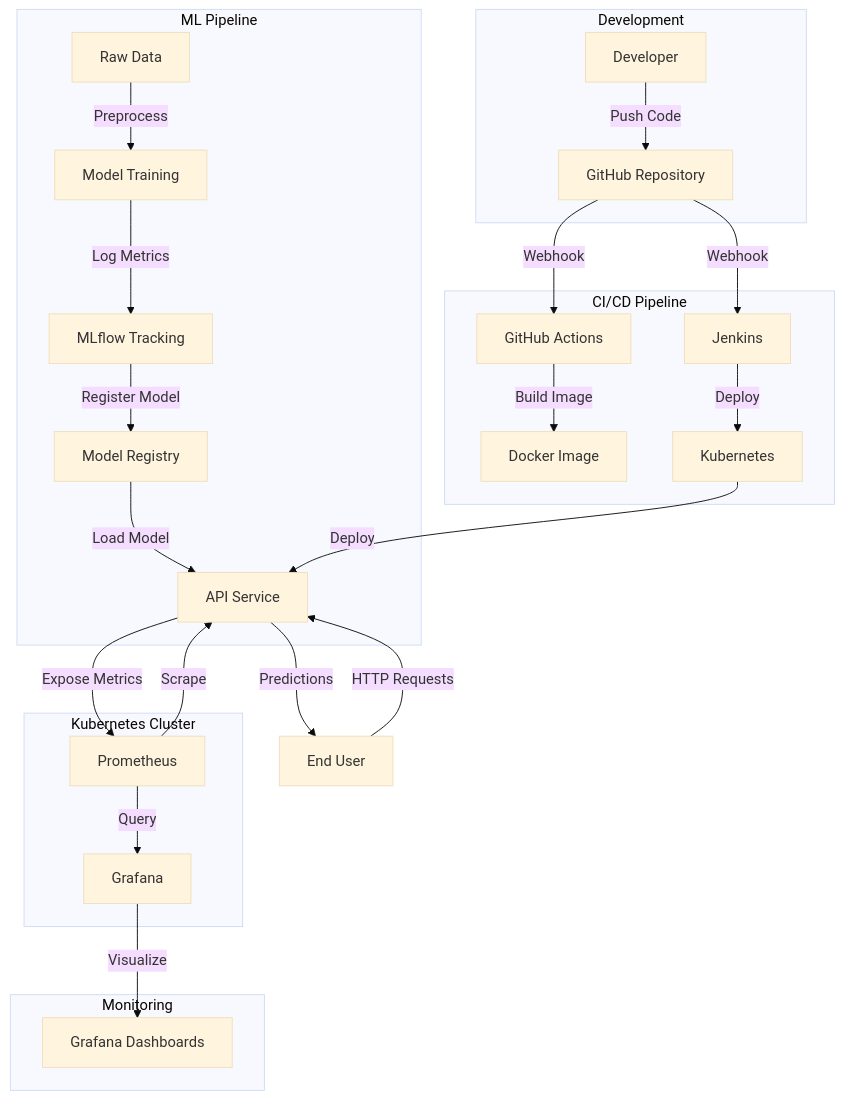
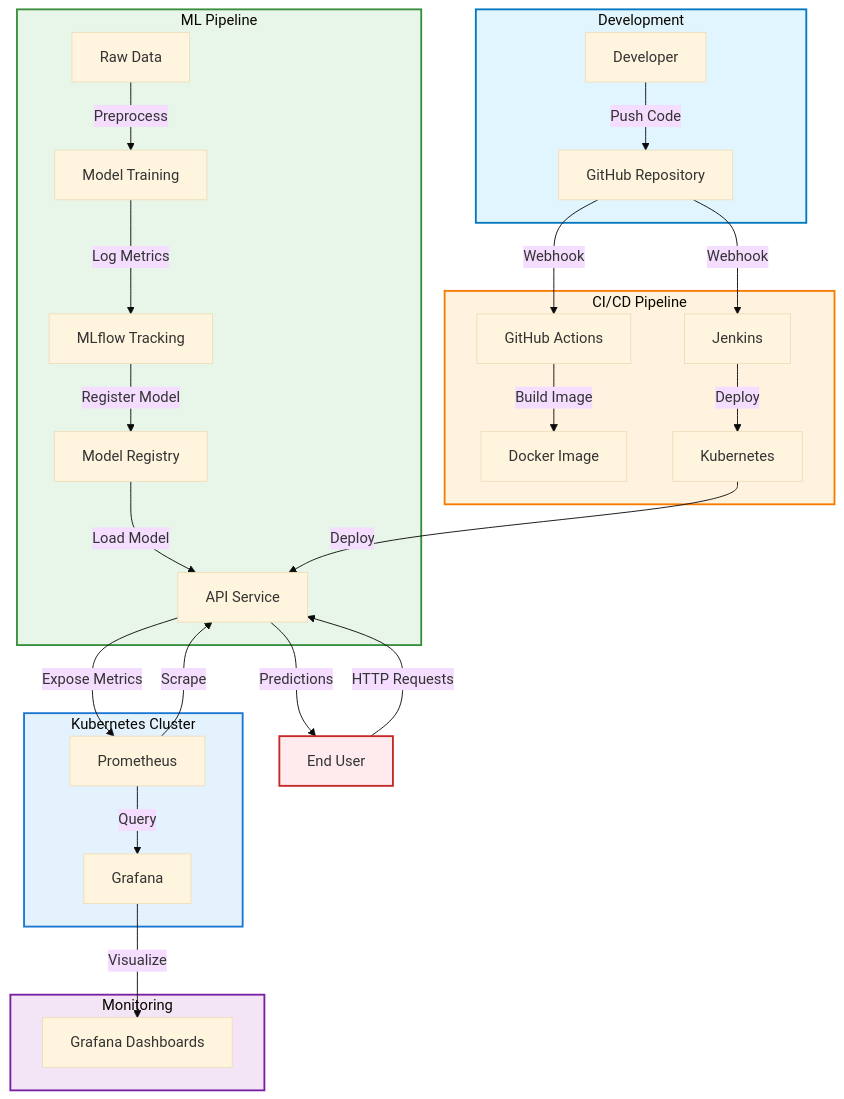
One commit to 2024aa05820/heart-disease-mlops changed the first of 9 diagrams in README.md. Above: the diagram before and after it, drawn with Mermaid (base theme). The commit also changed other lines of this file and 1 other file, not shown here.

First line of the commit message:
Update Mermaid diagrams to top-to-bottom with color styling and configure Jenkins for PR merge

````diff
--- a/README.md
+++ b/README.md
@@ -60,34 +60,41 @@
 ```mermaid
 graph TB
-    subgraph "Development"
-        DEV[Developer] -->|Push Code| GIT[GitHub Repository]
+    subgraph DEV_GRP["Development"]
+        DEV["Developer"] -->|Push Code| GIT["GitHub Repository"]
     end
     
-    subgraph "CI/CD Pipeline"
-        GIT -->|Webhook| GA[GitHub Actions]
-        GIT -->|Webhook| JEN[Jenkins]
-        GA -->|Build Image| DOCKER[Docker Image]
-        JEN -->|Deploy| K8S[Kubernetes]
+    subgraph CICD["CI/CD Pipeline"]
+        GIT -->|Webhook| GA["GitHub Actions"]
+        GIT -->|Webhook| JEN["Jenkins"]
+        GA -->|Build Image| DOCKER["Docker Image"]
+        JEN -->|Deploy| K8S["Kubernetes"]
     end
     
-    subgraph "ML Pipeline"
-        DATA[Raw Data] -->|Preprocess| TRAIN[Model Training]
-        TRAIN -->|Log Metrics| MLFLOW[MLflow Tracking]
-        MLFLOW -->|Register Model| REGISTRY[Model Registry]
-        REGISTRY -->|Load Model| API[API Service]
+    subgraph ML["ML Pipeline"]
+        DATA["Raw Data"] -->|Preprocess| TRAIN["Model Training"]
+        TRAIN -->|Log Metrics| MLFLOW["MLflow Tracking"]
+        MLFLOW -->|Register Model| REGISTRY["Model Registry"]
+        REGISTRY -->|Load Model| API["API Service"]
     end
     
-    subgraph "Kubernetes Cluster"
+    subgraph K8S_GRP["Kubernetes Cluster"]
         K8S -->|Deploy| API
-        API -->|Expose Metrics| PROM[Prometheus]
-        PROM -->|Query| GRAF[Grafana]
+        API -->|Expose Metrics| PROM["Prometheus"]
+        PROM -->|Query| GRAF["Grafana"]
     end
     
-    subgraph "Monitoring"
+    subgraph MON_GRP["Monitoring"]
         PROM -->|Scrape| API
-        GRAF -->|Visualize| DASH[Grafana Dashboards]
+        GRAF -->|Visualize| DASH["Grafana Dashboards"]
     end
     
-    USER[End User] -->|HTTP Requests| API
+    USER["End User"] -->|HTTP Requests| API
     API -->|Predictions| USER
+    
+    style DEV_GRP fill:#e1f5ff,stroke:#0277bd,stroke-width:2px
+    style CICD fill:#fff3e0,stroke:#f57c00,stroke-width:2px
+    style ML fill:#e8f5e9,stroke:#388e3c,stroke-width:2px
+    style K8S_GRP fill:#e3f2fd,stroke:#1976d2,stroke-width:2px
+    style MON_GRP fill:#f3e5f5,stroke:#7b1fa2,stroke-width:2px
+    style USER fill:#ffebee,stroke:#c62828,stroke-width:2px
 ```
````
